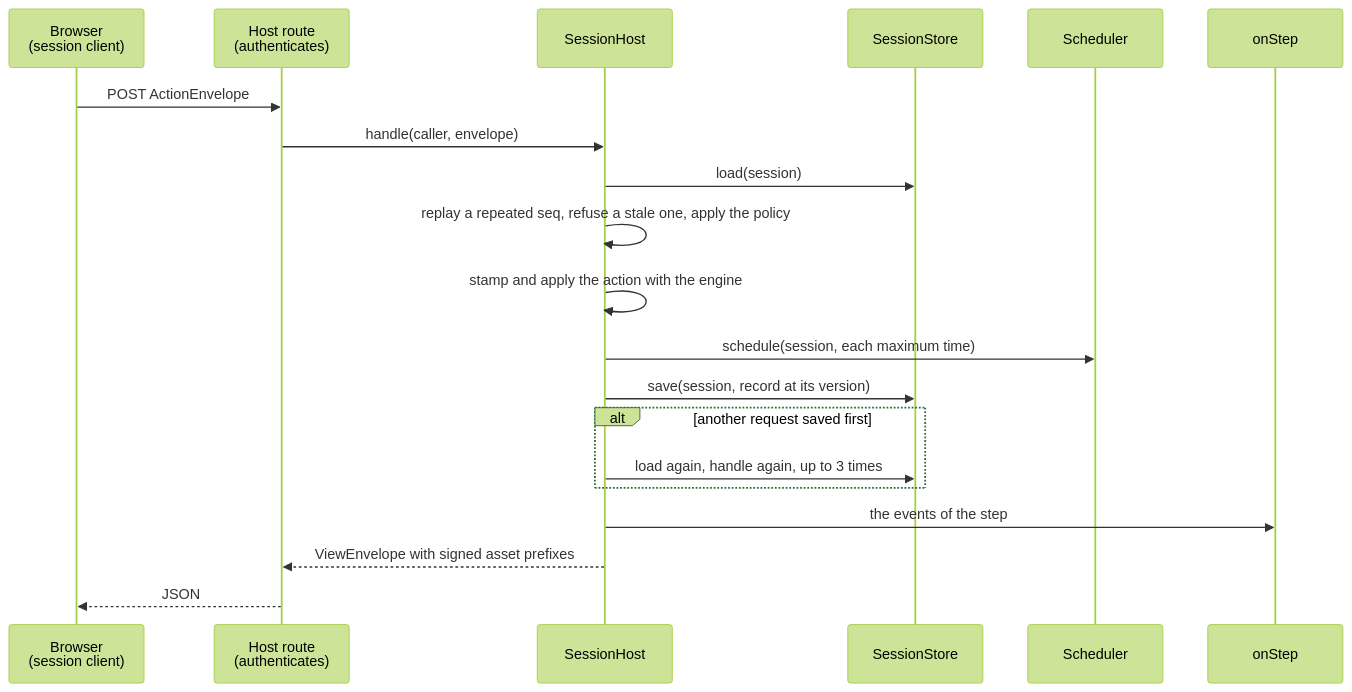
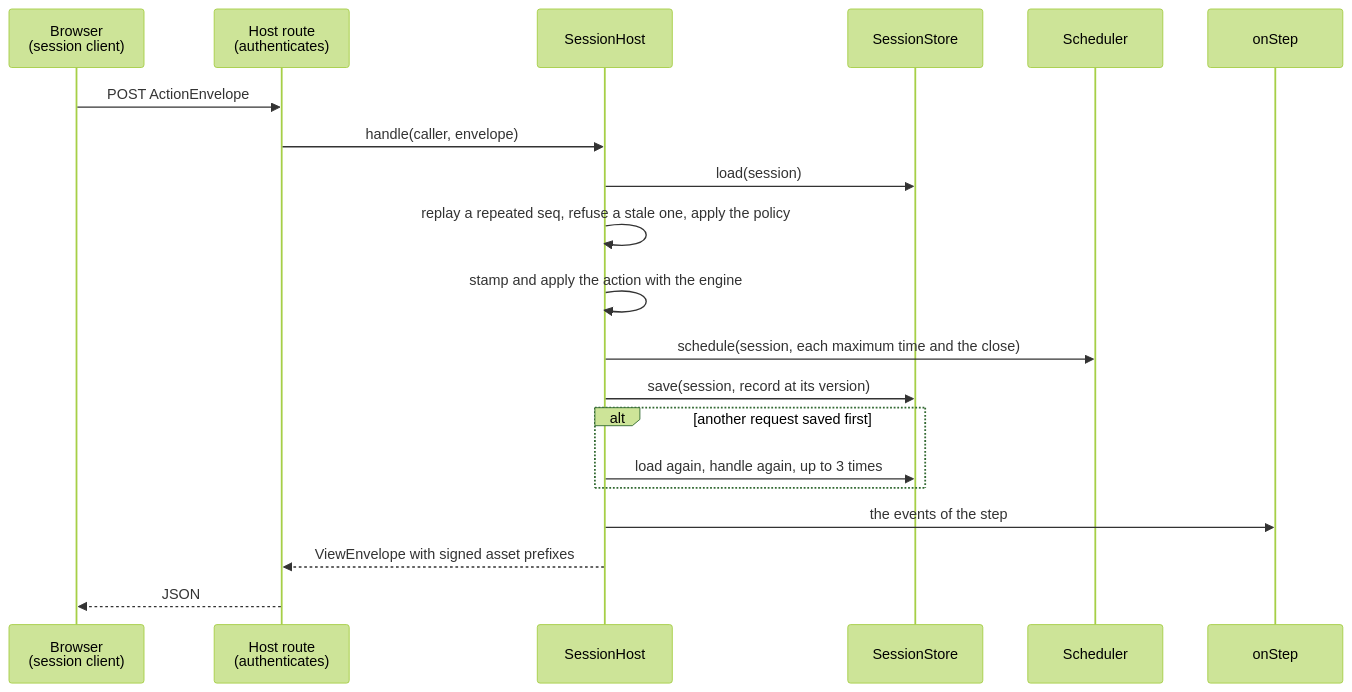
Before and after one commit to assesskit/assesskit: the first of 5 diagrams in docs/player/server.md, drawn with Mermaid (forest theme). The commit also changed other lines of this file and 19 other files, not shown here.

````diff
--- a/docs/player/server.md
+++ b/docs/player/server.md
@@ -7,22 +7,22 @@
 ```mermaid
 sequenceDiagram
   participant B as Browser<br/>(session client)
   participant R as Host route<br/>(authenticates)
   participant H as SessionHost
   participant S as SessionStore
   participant Q as Scheduler
   participant F as onStep
   B->>R: POST ActionEnvelope
   R->>H: handle(caller, envelope)
   H->>S: load(session)
   H->>H: replay a repeated seq, refuse a stale one, apply the policy
   H->>H: stamp and apply the action with the engine
-  H->>Q: schedule(session, each maximum time)
+  H->>Q: schedule(session, each maximum time and the close)
   H->>S: save(session, record at its version)
   alt another request saved first
     H->>S: load again, handle again, up to 3 times
   end
   H->>F: the events of the step
   H-->>R: ViewEnvelope with signed asset prefixes
   R-->>B: JSON
 ```
````
